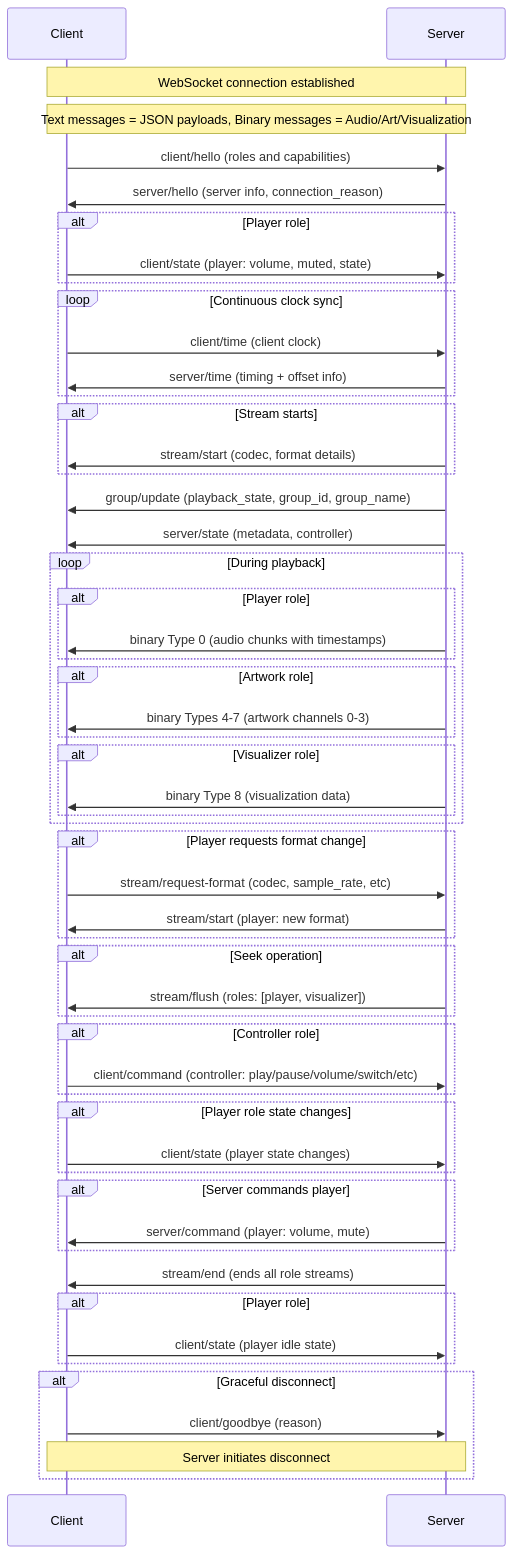
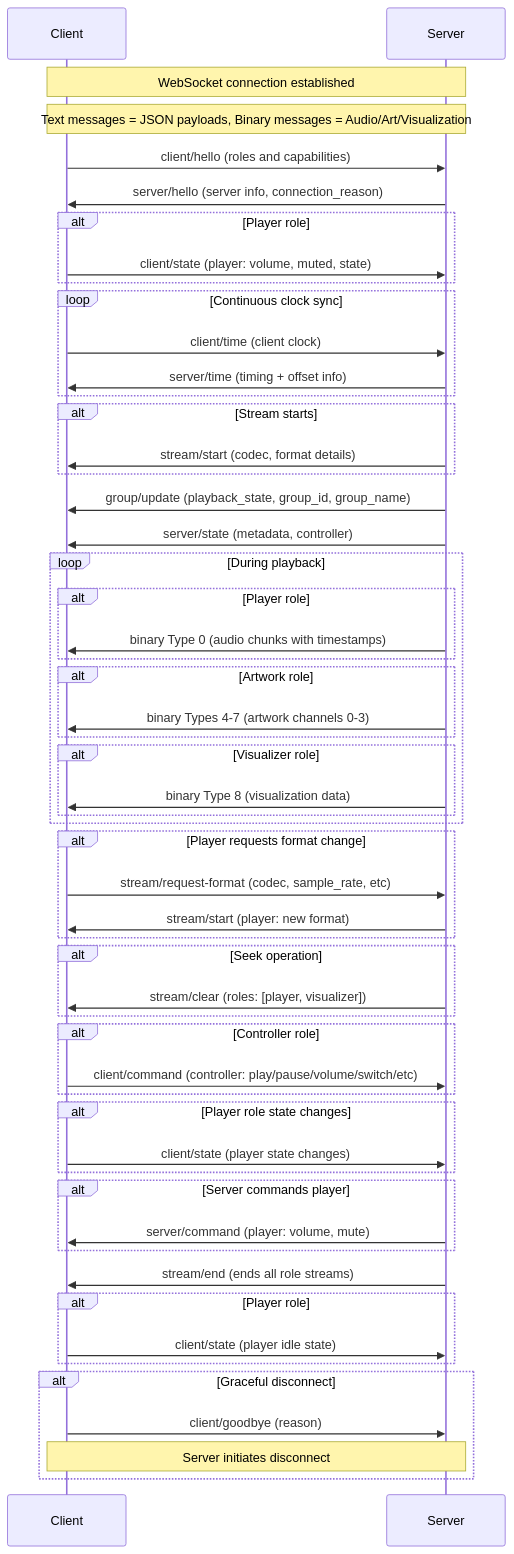
Before and after one commit to Resonate-Protocol/spec: the diagram in README.md, drawn with Mermaid. The commit also changed other lines of this file, not shown here.

Commit message:
Rename `stream/flush` to `stream/clear`

````diff
--- a/README.md
+++ b/README.md
@@ -147,71 +147,71 @@
 ```mermaid
 sequenceDiagram
     participant Client
     participant Server
 
     Note over Client,Server: WebSocket connection established
 
     Note over Client,Server: Text messages = JSON payloads, Binary messages = Audio/Art/Visualization
 
     Client->>Server: client/hello (roles and capabilities)
     Server->>Client: server/hello (server info, connection_reason)
 
     alt Player role
         Client->>Server: client/state (player: volume, muted, state)
     end
 
     loop Continuous clock sync
         Client->>Server: client/time (client clock)
         Server->>Client: server/time (timing + offset info)
     end
 
     alt Stream starts
         Server->>Client: stream/start (codec, format details)
     end
 
     Server->>Client: group/update (playback_state, group_id, group_name)
     Server->>Client: server/state (metadata, controller)
 
     loop During playback
         alt Player role
             Server->>Client: binary Type 0 (audio chunks with timestamps)
         end
         alt Artwork role
             Server->>Client: binary Types 4-7 (artwork channels 0-3)
         end
         alt Visualizer role
             Server->>Client: binary Type 8 (visualization data)
         end
     end
 
     alt Player requests format change
         Client->>Server: stream/request-format (codec, sample_rate, etc)
         Server->>Client: stream/start (player: new format)
     end
 
     alt Seek operation
-        Server->>Client: stream/flush (roles: [player, visualizer])
+        Server->>Client: stream/clear (roles: [player, visualizer])
     end
 
     alt Controller role
         Client->>Server: client/command (controller: play/pause/volume/switch/etc)
     end
 
     alt Player role state changes
         Client->>Server: client/state (player state changes)
     end
 
     alt Server commands player
         Server->>Client: server/command (player: volume, mute)
     end
 
     Server->>Client: stream/end (ends all role streams)
     alt Player role
         Client->>Server: client/state (player idle state)
     end
 
     alt Graceful disconnect
         Client->>Server: client/goodbye (reason)
         Note over Client,Server: Server initiates disconnect
     end
 ```
````
